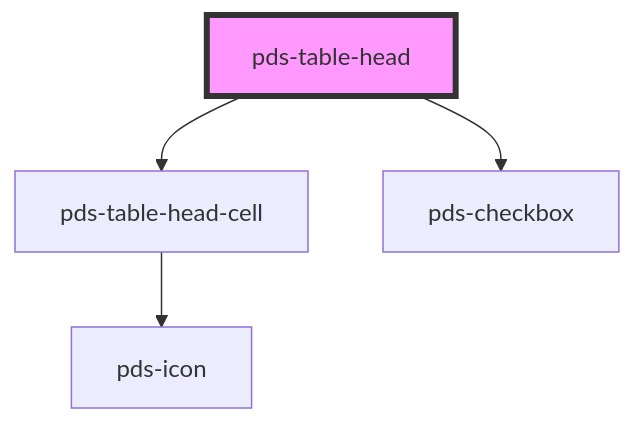
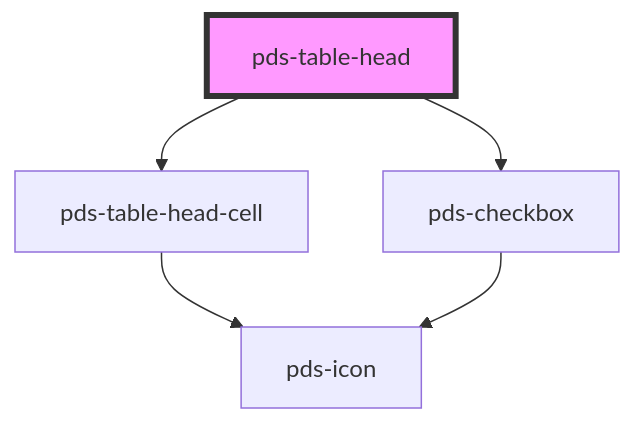
The diagram in libs/core/src/components/pds-table/pds-table-head/readme.md (Kajabi/pine), drawn with Mermaid before and after one commit. The commit also changed 4 other files, not shown here.

Commit message:
fix(checkbox): add error icon and adjust styles

````diff
--- a/libs/core/src/components/pds-table/pds-table-head/readme.md
+++ b/libs/core/src/components/pds-table/pds-table-head/readme.md
@@ -31,7 +31,8 @@
 ```mermaid
 graph TD;
   pds-table-head --> pds-table-head-cell
   pds-table-head --> pds-checkbox
   pds-table-head-cell --> pds-icon
+  pds-checkbox --> pds-icon
   style pds-table-head fill:#f9f,stroke:#333,stroke-width:4px
 ```
````
